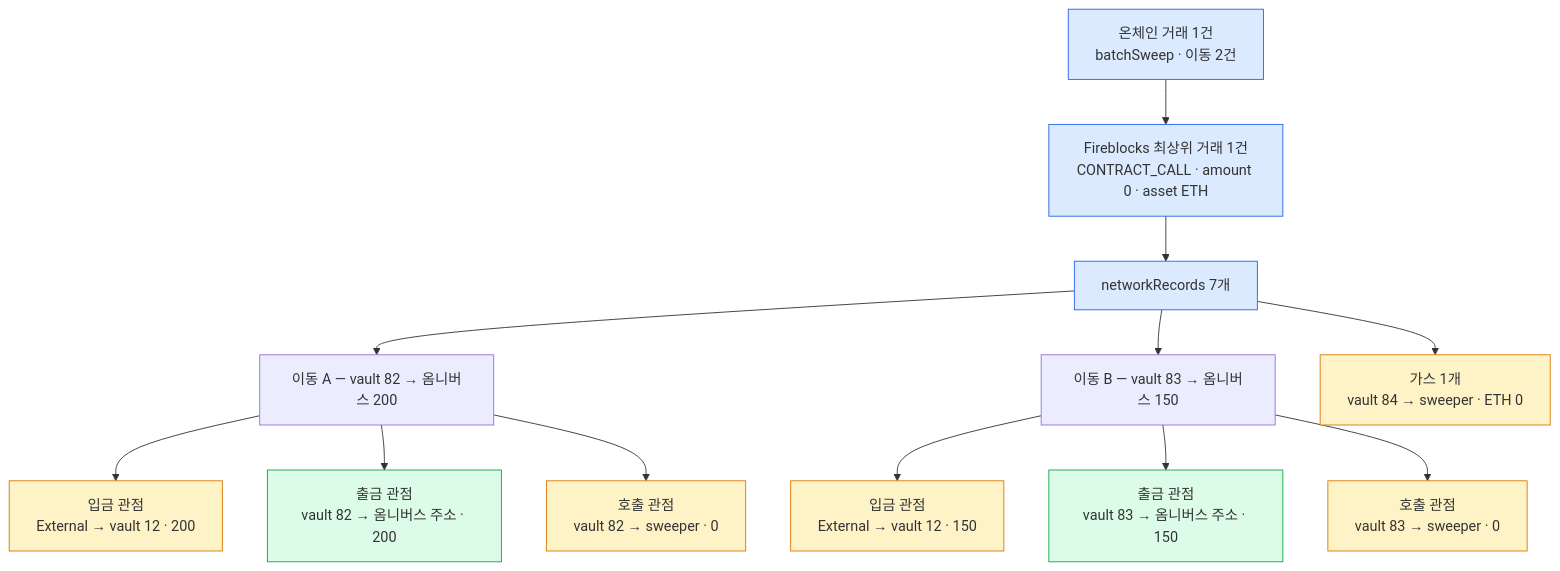
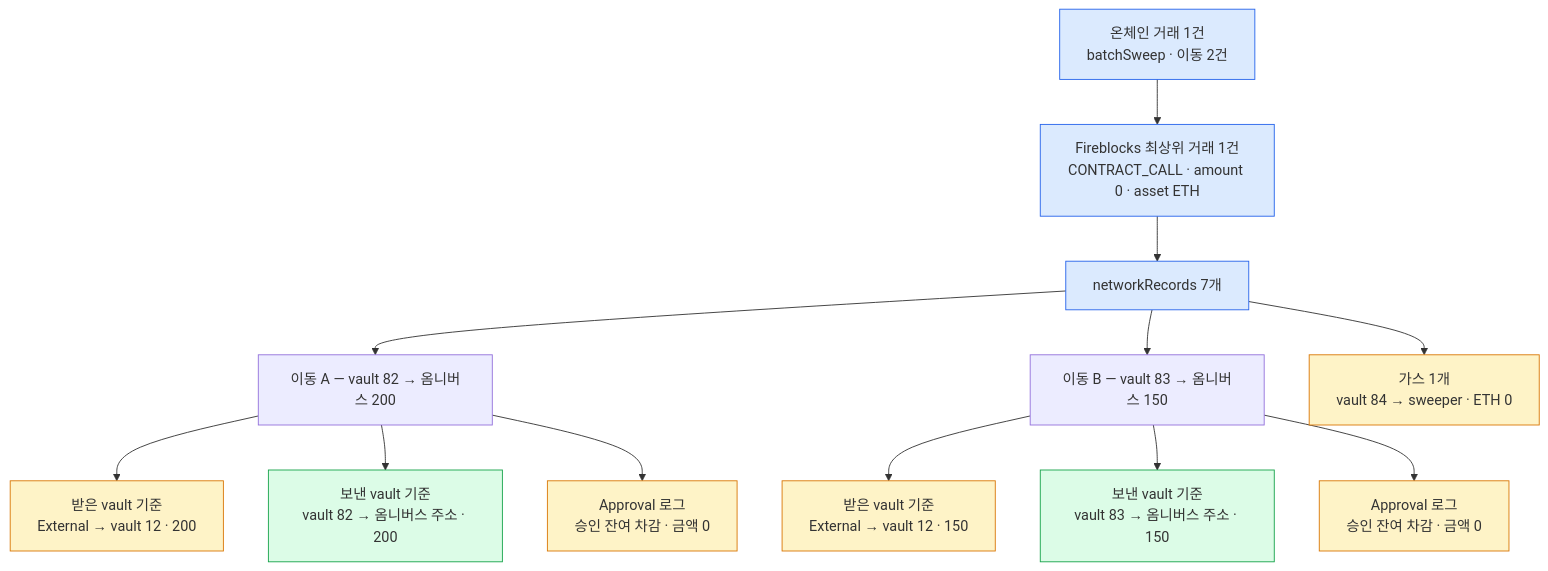
The second of 2 diagrams in blockchain-manager/docs/BC/설계/95-approve-pull-poc-result.md (eunsujeo/eunpus), drawn with Mermaid before and after one commit. The commit also changed other lines of this file and 3 other files, not shown here.

````diff
--- a/blockchain-manager/docs/BC/설계/95-approve-pull-poc-result.md
+++ b/blockchain-manager/docs/BC/설계/95-approve-pull-poc-result.md
@@ -89,22 +94,22 @@
 ```mermaid
 flowchart TB
   TX["온체인 거래 1건<br/>batchSweep · 이동 2건"] --> FB["Fireblocks 최상위 거래 1건<br/>CONTRACT_CALL · amount 0 · asset ETH"]
   FB --> NR["networkRecords 7개"]
   NR --> LA["이동 A — vault 82 → 옴니버스 200"]
   NR --> LB["이동 B — vault 83 → 옴니버스 150"]
   NR --> GAS["가스 1개<br/>vault 84 → sweeper · ETH 0"]
-  LA --> A1["입금 관점<br/>External → vault 12 · 200"]
-  LA --> A2["출금 관점<br/>vault 82 → 옴니버스 주소 · 200"]
-  LA --> A3["호출 관점<br/>vault 82 → sweeper · 0"]
-  LB --> B1["입금 관점<br/>External → vault 12 · 150"]
-  LB --> B2["출금 관점<br/>vault 83 → 옴니버스 주소 · 150"]
-  LB --> B3["호출 관점<br/>vault 83 → sweeper · 0"]
+  LA --> A1["받은 vault 기준<br/>External → vault 12 · 200"]
+  LA --> A2["보낸 vault 기준<br/>vault 82 → 옴니버스 주소 · 200"]
+  LA --> A3["Approval 로그<br/>승인 잔여 차감 · 금액 0"]
+  LB --> B1["받은 vault 기준<br/>External → vault 12 · 150"]
+  LB --> B2["보낸 vault 기준<br/>vault 83 → 옴니버스 주소 · 150"]
+  LB --> B3["Approval 로그<br/>승인 잔여 차감 · 금액 0"]
 
   classDef good fill:#dcfce7,stroke:#16a34a
   classDef wait fill:#fef3c7,stroke:#d97706
   classDef vault fill:#dbeafe,stroke:#2563eb
   class A2,B2 good
   class A1,B1 wait
   class A3,B3,GAS wait
   class TX,FB,NR vault
 ```
````
